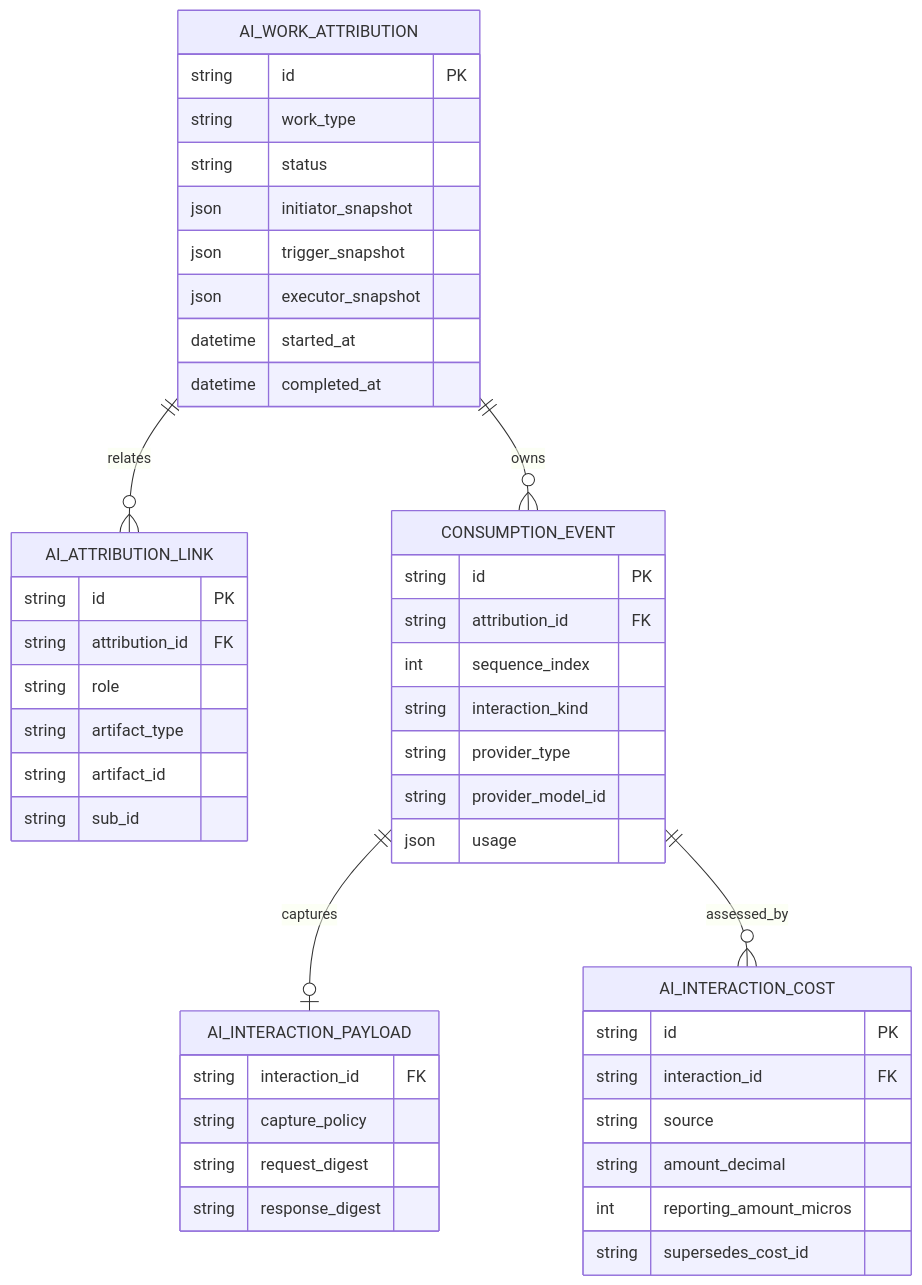
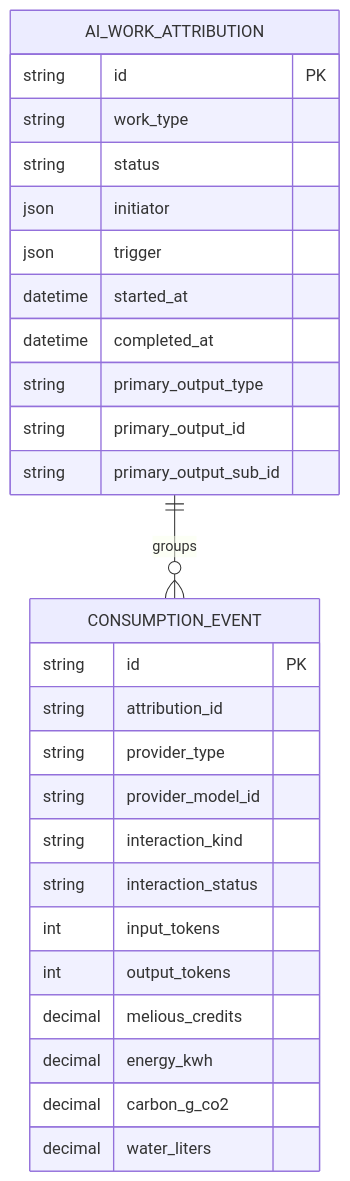
The second of 3 diagrams in lib/features/ai_consumption/README.md (matthiasn/lotti), drawn with Mermaid before and after one commit. The commit also changed other lines of this file and 123 other files, not shown here.

````diff
--- a/lib/features/ai_consumption/README.md
+++ b/lib/features/ai_consumption/README.md
@@ -60,49 +49,32 @@
 ```mermaid
 erDiagram
-  AI_WORK_ATTRIBUTION ||--o{ AI_ATTRIBUTION_LINK : relates
-  AI_WORK_ATTRIBUTION ||--o{ CONSUMPTION_EVENT : owns
-  CONSUMPTION_EVENT ||--o| AI_INTERACTION_PAYLOAD : captures
-  CONSUMPTION_EVENT ||--o{ AI_INTERACTION_COST : assessed_by
+  AI_WORK_ATTRIBUTION ||--o{ CONSUMPTION_EVENT : groups
 
   AI_WORK_ATTRIBUTION {
     string id PK
     string work_type
     string status
-    json initiator_snapshot
-    json trigger_snapshot
-    json executor_snapshot
+    json initiator
+    json trigger
     datetime started_at
     datetime completed_at
+    string primary_output_type
+    string primary_output_id
+    string primary_output_sub_id
   }
-  AI_ATTRIBUTION_LINK {
-    string id PK
-    string attribution_id FK
-    string role
-    string artifact_type
-    string artifact_id
-    string sub_id
-  }
+
   CONSUMPTION_EVENT {
     string id PK
-    string attribution_id FK
-    int sequence_index
-    string interaction_kind
+    string attribution_id
     string provider_type
     string provider_model_id
-    json usage
-  }
-  AI_INTERACTION_PAYLOAD {
-    string interaction_id FK
-    string capture_policy
-    string request_digest
-    string response_digest
-  }
-  AI_INTERACTION_COST {
-    string id PK
-    string interaction_id FK
-    string source
-    string amount_decimal
-    int reporting_amount_micros
-    string supersedes_cost_id
+    string interaction_kind
+    string interaction_status
+    int input_tokens
+    int output_tokens
+    decimal melious_credits
+    decimal energy_kwh
+    decimal carbon_g_co2
+    decimal water_liters
   }
 ```
````
